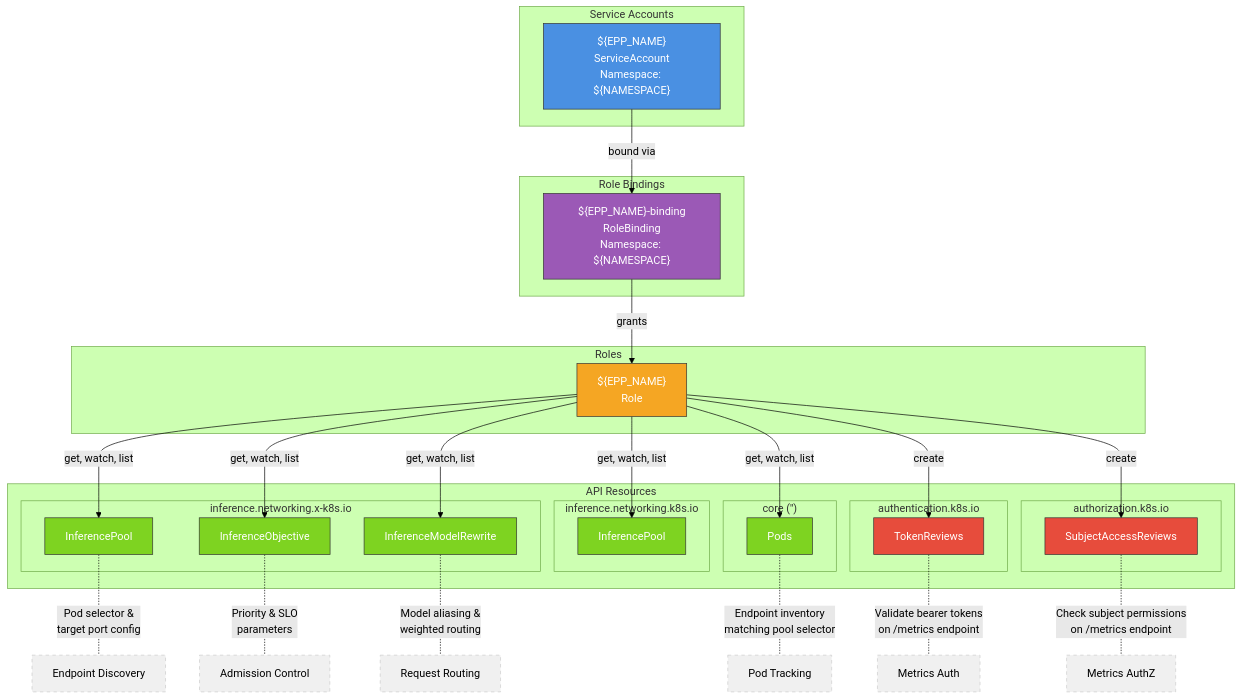
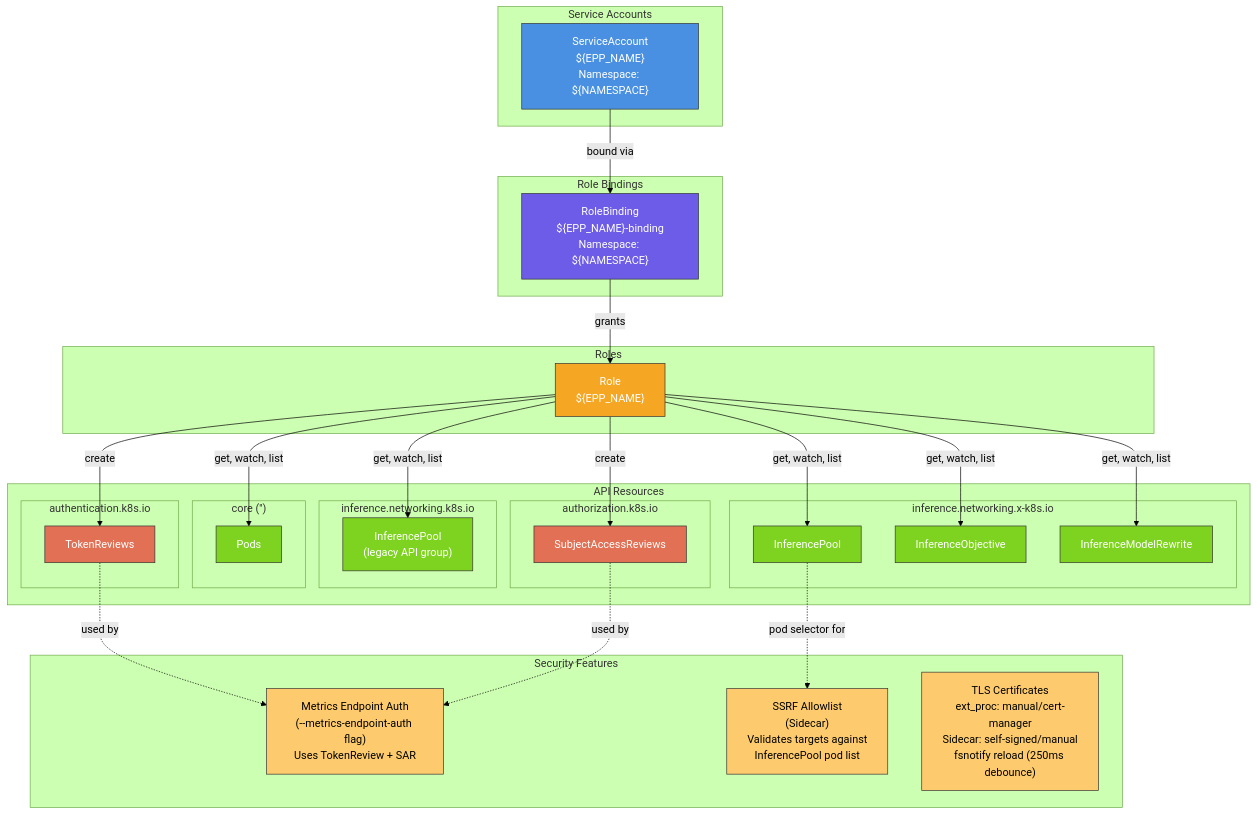
The diagram in architecture/rhoai.next/diagrams/llm-d-inference-scheduler-rbac.mmd (rhuss/architecture-context), drawn with Mermaid (forest theme) before and after one commit. The commit also changed 1112 other files, not shown here.

First line of the commit message:
update rhoai.next architecture: regenerated docs, diagrams, and arch-analyzer JSON

```diff
--- a/architecture/rhoai.next/diagrams/llm-d-inference-scheduler-rbac.mmd
+++ b/architecture/rhoai.next/diagrams/llm-d-inference-scheduler-rbac.mmd
@@ -1,75 +1,83 @@
 graph TD
     subgraph ServiceAccounts["Service Accounts"]
-        SA_EPP["${EPP_NAME}<br/>ServiceAccount<br/>Namespace: ${NAMESPACE}"]
+        SA_EPP["ServiceAccount<br/>${EPP_NAME}<br/>Namespace: ${NAMESPACE}"]
     end
 
     subgraph RoleBindings["Role Bindings"]
-        RB["${EPP_NAME}-binding<br/>RoleBinding<br/>Namespace: ${NAMESPACE}"]
+        RB["RoleBinding<br/>${EPP_NAME}-binding<br/>Namespace: ${NAMESPACE}"]
     end
 
     subgraph Roles["Roles"]
-        Role["${EPP_NAME}<br/>Role"]
+        Role_EPP["Role<br/>${EPP_NAME}"]
     end
 
     subgraph APIResources["API Resources"]
-        subgraph GIE_x_k8s["inference.networking.x-k8s.io"]
-            InferencePool_xk8s["InferencePool"]
+        subgraph GIE_Resources["inference.networking.x-k8s.io"]
+            InferencePool["InferencePool"]
             InferenceObjective["InferenceObjective"]
             InferenceModelRewrite["InferenceModelRewrite"]
         end
 
-        subgraph GIE_k8s["inference.networking.k8s.io"]
-            InferencePool_k8s["InferencePool"]
+        subgraph Legacy_Resources["inference.networking.k8s.io"]
+            InferencePoolLegacy["InferencePool<br/>(legacy API group)"]
         end
 
-        subgraph Core["core ('')"]
+        subgraph Core_Resources["core ('')"]
             Pods["Pods"]
         end
 
-        subgraph AuthN["authentication.k8s.io"]
+        subgraph Auth_Resources["authentication.k8s.io"]
             TokenReviews["TokenReviews"]
         end
 
-        subgraph AuthZ["authorization.k8s.io"]
+        subgraph Authz_Resources["authorization.k8s.io"]
             SubjectAccessReviews["SubjectAccessReviews"]
         end
     end
 
+    subgraph SecurityFeatures["Security Features"]
+        MetricsAuth["Metrics Endpoint Auth<br/>(--metrics-endpoint-auth flag)<br/>Uses TokenReview + SAR"]
+        SSRFProtection["SSRF Allowlist<br/>(Sidecar)<br/>Validates targets against<br/>InferencePool pod list"]
+        TLSCerts["TLS Certificates<br/>ext_proc: manual/cert-manager<br/>Sidecar: self-signed/manual<br/>fsnotify reload (250ms debounce)"]
+    end
+
     %% Bindings
     SA_EPP -->|"bound via"| RB
-    RB -->|"grants"| Role
+    RB -->|"grants"| Role_EPP
 
-    %% Permissions
-    Role -->|"get, watch, list"| InferencePool_xk8s
-    Role -->|"get, watch, list"| InferenceObjective
-    Role -->|"get, watch, list"| InferenceModelRewrite
-    Role -->|"get, watch, list"| InferencePool_k8s
-    Role -->|"get, watch, list"| Pods
-    Role -->|"create"| TokenReviews
-    Role -->|"create"| SubjectAccessReviews
+    %% GIE API permissions
+    Role_EPP -->|"get, watch, list"| InferencePool
+    Role_EPP -->|"get, watch, list"| InferenceObjective
+    Role_EPP -->|"get, watch, list"| InferenceModelRewrite
 
-    %% Purpose annotations
-    InferencePool_xk8s -.-|"Pod selector &<br/>target port config"| PurposePool["Endpoint Discovery"]
-    InferenceObjective -.-|"Priority & SLO<br/>parameters"| PurposeObj["Admission Control"]
-    InferenceModelRewrite -.-|"Model aliasing &<br/>weighted routing"| PurposeRewrite["Request Routing"]
-    Pods -.-|"Endpoint inventory<br/>matching pool selector"| PurposePods["Pod Tracking"]
-    TokenReviews -.-|"Validate bearer tokens<br/>on /metrics endpoint"| PurposeAuth["Metrics Auth"]
-    SubjectAccessReviews -.-|"Check subject permissions<br/>on /metrics endpoint"| PurposeSAR["Metrics AuthZ"]
+    %% Legacy API permissions
+    Role_EPP -->|"get, watch, list"| InferencePoolLegacy
+
+    %% Core permissions
+    Role_EPP -->|"get, watch, list"| Pods
+
+    %% Auth permissions (for metrics auth)
+    Role_EPP -->|"create"| TokenReviews
+    Role_EPP -->|"create"| SubjectAccessReviews
+
+    %% Security feature connections
+    TokenReviews -.->|"used by"| MetricsAuth
+    SubjectAccessReviews -.->|"used by"| MetricsAuth
+    InferencePool -.->|"pod selector for"| SSRFProtection
 
     %% Styling
     style SA_EPP fill:#4a90e2,stroke:#333,color:#fff
-    style RB fill:#9b59b6,stroke:#333,color:#fff
-    style Role fill:#f5a623,stroke:#333,color:#fff
-    style InferencePool_xk8s fill:#7ed321,stroke:#333,color:#fff
+    style RB fill:#6c5ce7,stroke:#333,color:#fff
+    style Role_EPP fill:#f5a623,stroke:#333,color:#fff
+
+    style InferencePool fill:#7ed321,stroke:#333,color:#fff
     style InferenceObjective fill:#7ed321,stroke:#333,color:#fff
     style InferenceModelRewrite fill:#7ed321,stroke:#333,color:#fff
-    style InferencePool_k8s fill:#7ed321,stroke:#333,color:#fff
+    style InferencePoolLegacy fill:#7ed321,stroke:#333,color:#fff
     style Pods fill:#7ed321,stroke:#333,color:#fff
-    style TokenReviews fill:#e74c3c,stroke:#333,color:#fff
-    style SubjectAccessReviews fill:#e74c3c,stroke:#333,color:#fff
-    style PurposePool fill:#f0f0f0,stroke:#ccc,stroke-dasharray:5 5
-    style PurposeObj fill:#f0f0f0,stroke:#ccc,stroke-dasharray:5 5
-    style PurposeRewrite fill:#f0f0f0,stroke:#ccc,stroke-dasharray:5 5
-    style PurposePods fill:#f0f0f0,stroke:#ccc,stroke-dasharray:5 5
-    style PurposeAuth fill:#f0f0f0,stroke:#ccc,stroke-dasharray:5 5
-    style PurposeSAR fill:#f0f0f0,stroke:#ccc,stroke-dasharray:5 5
+    style TokenReviews fill:#e17055,stroke:#333,color:#fff
+    style SubjectAccessReviews fill:#e17055,stroke:#333,color:#fff
+
+    style MetricsAuth fill:#fdcb6e,stroke:#333
+    style SSRFProtection fill:#fdcb6e,stroke:#333
+    style TLSCerts fill:#fdcb6e,stroke:#333
```
